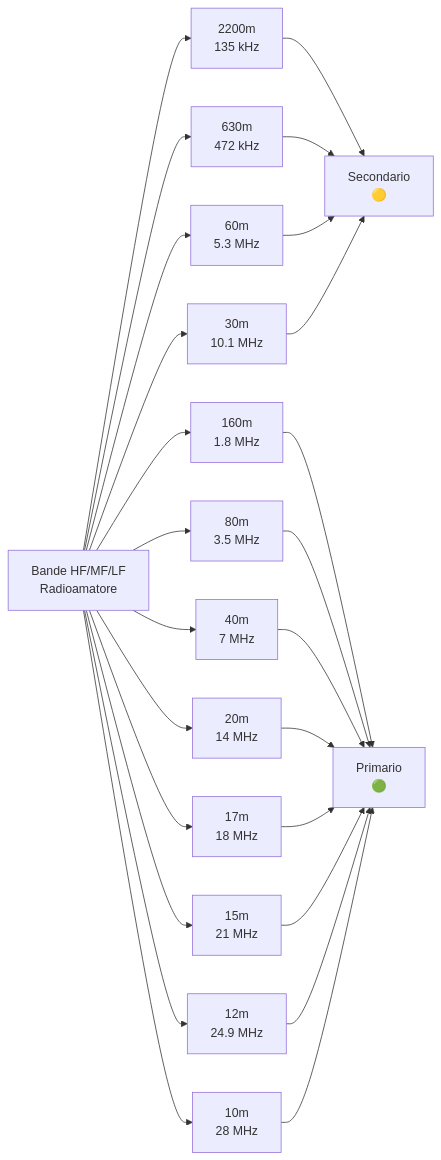
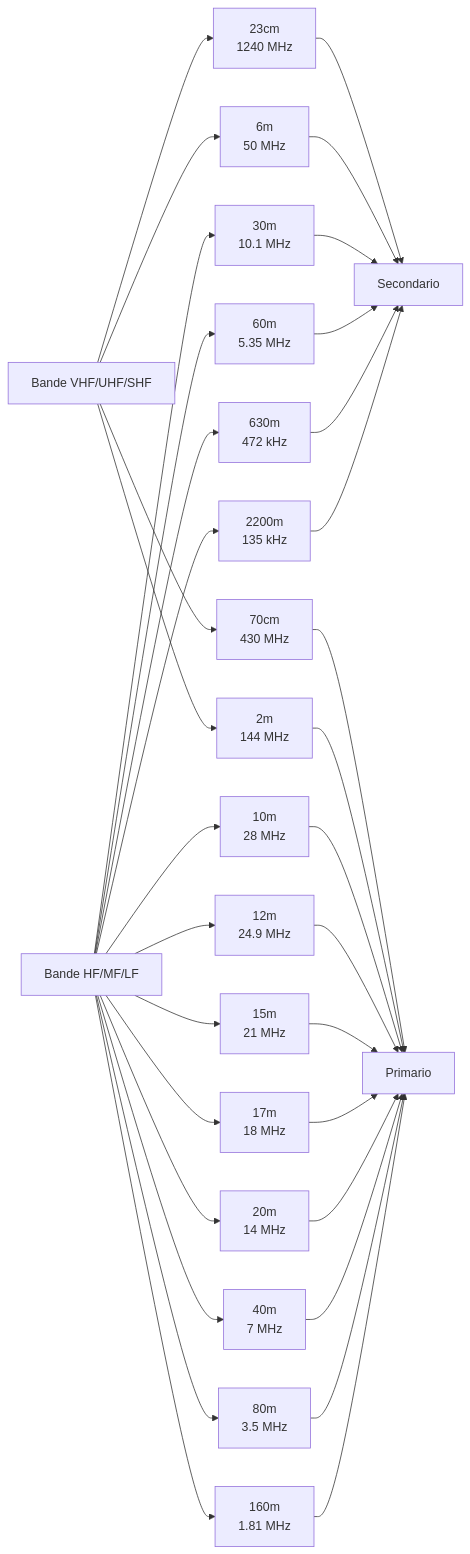
One commit to IU6VYG/esame-radioamatori changed the third of 4 diagrams in website/docs/C_Regolamentazione/1_Regolamento_Radiocomunicazioni_UIT.md. Above: the diagram before and after it, drawn with Mermaid. The commit also changed other lines of this file and 13 other files, not shown here.

````diff
--- a/website/docs/C_Regolamentazione/1_Regolamento_Radiocomunicazioni_UIT.md
+++ b/website/docs/C_Regolamentazione/1_Regolamento_Radiocomunicazioni_UIT.md
@@ -200,27 +222,35 @@
 ```mermaid
 graph LR;
-    HF["Bande HF/MF/LF<br>Radioamatore"] --> Banda2200["2200m<br>135 kHz"];
+    HF["Bande HF/MF/LF"] --> Banda2200["2200m<br>135 kHz"];
     HF --> Banda630["630m<br>472 kHz"];
-    HF --> Banda160["160m<br>1.8 MHz"];
+    HF --> Banda160["160m<br>1.81 MHz"];
     HF --> Banda80["80m<br>3.5 MHz"];
-    HF --> Banda60["60m<br>5.3 MHz"];
+    HF --> Banda60["60m<br>5.35 MHz"];
     HF --> Banda40["40m<br>7 MHz"];
     HF --> Banda30["30m<br>10.1 MHz"];
     HF --> Banda20["20m<br>14 MHz"];
     HF --> Banda17["17m<br>18 MHz"];
     HF --> Banda15["15m<br>21 MHz"];
     HF --> Banda12["12m<br>24.9 MHz"];
     HF --> Banda10["10m<br>28 MHz"];
-    Banda160 --> Primario["Primario<br>🟢"];
+    VHF["Bande VHF/UHF/SHF"] --> Banda6m["6m<br>50 MHz"];
+    VHF --> Banda2m["2m<br>144 MHz"];
+    VHF --> Banda70cm["70cm<br>430 MHz"];
+    VHF --> Banda23cm["23cm<br>1240 MHz"];
+    Banda160 --> Primario["Primario"];
     Banda80 --> Primario;
     Banda40 --> Primario;
     Banda20 --> Primario;
     Banda17 --> Primario;
     Banda15 --> Primario;
     Banda12 --> Primario;
     Banda10 --> Primario;
-    Banda2200 --> Secondario["Secondario<br>🟡"];
+    Banda2m --> Primario;
+    Banda70cm --> Primario;
+    Banda2200 --> Secondario["Secondario"];
     Banda630 --> Secondario;
     Banda60 --> Secondario;
     Banda30 --> Secondario;
+    Banda6m --> Secondario;
+    Banda23cm --> Secondario;
 ```
````
